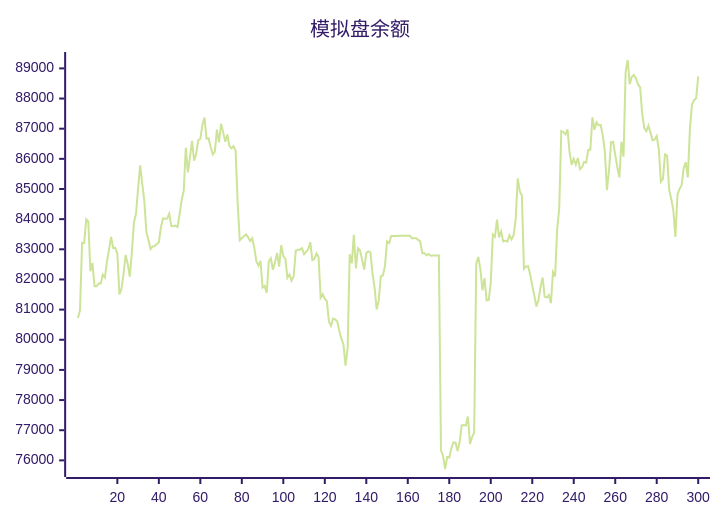
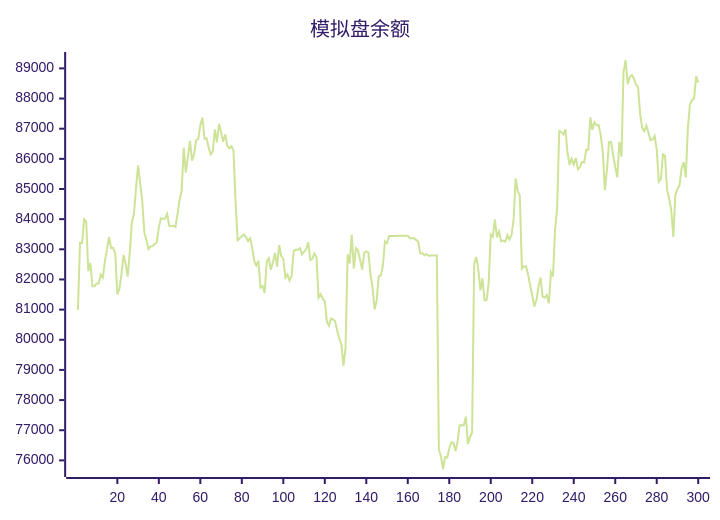
One commit to aahl/ai-trading changed the diagram in README.md. Above: the diagram before and after it, drawn with Mermaid (forest theme). The commit also changed other lines of this file and 1 other file, not shown here.

````diff
--- a/README.md
+++ b/README.md
@@ -5,5 +5,5 @@
 ```mermaid
 xychart
     title "模拟盘余额"
-    line [80718,80985,83214,83212,83993,83921,82270,82547,81776,81776,81866,81866,82158,82061,82596,83000,83408,83041,83050,82858,81503,81691,82188,82812,82517,82092,82901,83898,84180,85030,85781,85178,84604,83569,83298,83008,83093,83107,83175,83228,83729,84025,84017,84019,84177,83775,83762,83785,83738,84160,84639,84939,86370,85548,86046,86599,85942,86161,86622,86664,87115,87369,86666,86685,86384,86152,86243,86969,86548,87164,86885,86566,86809,86427,86348,86417,86273,84538,83299,83369,83430,83490,83404,83270,83362,83056,82605,82459,82614,81734,81788,81551,82598,82702,82320,82580,82878,82426,83139,82778,82686,82056,82166,81963,82110,82951,82983,82984,83038,82838,82915,82998,83235,82642,82682,82858,82746,81396,81512,81362,81277,80600,80461,80699,80673,80616,80288,80038,79836,79142,79722,82837,82533,83480,82366,83032,82960,82654,82330,82883,82934,82901,82188,81728,81005,81298,82110,82135,82449,83264,83203,83440,83439,83440,83440,83446,83447,83448,83447,83448,83449,83369,83369,83369,83313,83256,82872,82873,82801,82844,82785,82791,82791,82793,82794,76339,76145,75714,76110,76096,76397,76594,76585,76310,76607,77160,77170,77160,77456,76541,76774,76927,82520,82744,82337,81639,82040,81307,81314,81887,83490,83414,83984,83396,83594,83261,83287,83253,83470,83327,83465,83987,85348,84930,84786,82355,82433,82438,82167,81795,81466,81105,81315,81756,82064,81426,81398,81481,81210,82242,82099,83658,84359,86925,86892,86814,86980,86203,85802,86003,85811,86028,85657,85721,85896,85880,86300,86299,87378,86965,87214,87115,87118,86780,86238,84966,85623,86555,86562,86129,85722,85387,86569,86070,88870,89278,88477,88720,88781,88668,88467,88372,87493,87018,86917,87102,86870,86613,86644,86758,86317,85242,85334,86149,86106,84968,84671,84302,83410,84816,85001,85127,85693,85891,85384,87001,87811,87945,88007,88734]
+    line [80985,83214,83212,83993,83921,82270,82547,81776,81776,81866,81866,82158,82061,82596,83000,83408,83041,83050,82858,81503,81691,82188,82812,82517,82092,82901,83898,84180,85030,85781,85178,84604,83569,83298,83008,83093,83107,83175,83228,83729,84025,84017,84019,84177,83775,83762,83785,83738,84160,84639,84939,86370,85548,86046,86599,85942,86161,86622,86664,87115,87369,86666,86685,86384,86152,86243,86969,86548,87164,86885,86566,86809,86427,86348,86417,86273,84538,83299,83369,83430,83490,83404,83270,83362,83056,82605,82459,82614,81734,81788,81551,82598,82702,82320,82580,82878,82426,83139,82778,82686,82056,82166,81963,82110,82951,82983,82984,83038,82838,82915,82998,83235,82642,82682,82858,82746,81396,81512,81362,81277,80600,80461,80699,80673,80616,80288,80038,79836,79142,79722,82837,82533,83480,82366,83032,82960,82654,82330,82883,82934,82901,82188,81728,81005,81298,82110,82135,82449,83264,83203,83440,83439,83440,83440,83446,83447,83448,83447,83448,83449,83369,83369,83369,83313,83256,82872,82873,82801,82844,82785,82791,82791,82793,82794,76339,76145,75714,76110,76096,76397,76594,76585,76310,76607,77160,77170,77160,77456,76541,76774,76927,82520,82744,82337,81639,82040,81307,81314,81887,83490,83414,83984,83396,83594,83261,83287,83253,83470,83327,83465,83987,85348,84930,84786,82355,82433,82438,82167,81795,81466,81105,81315,81756,82064,81426,81398,81481,81210,82242,82099,83658,84359,86925,86892,86814,86980,86203,85802,86003,85811,86028,85657,85721,85896,85880,86300,86299,87378,86965,87214,87115,87118,86780,86238,84966,85623,86555,86562,86129,85722,85387,86569,86070,88870,89278,88477,88720,88781,88668,88467,88372,87493,87018,86917,87102,86870,86613,86644,86758,86317,85242,85334,86149,86106,84968,84671,84302,83410,84816,85001,85127,85693,85891,85384,87001,87811,87945,88007,88734,88528]
 ```
````
